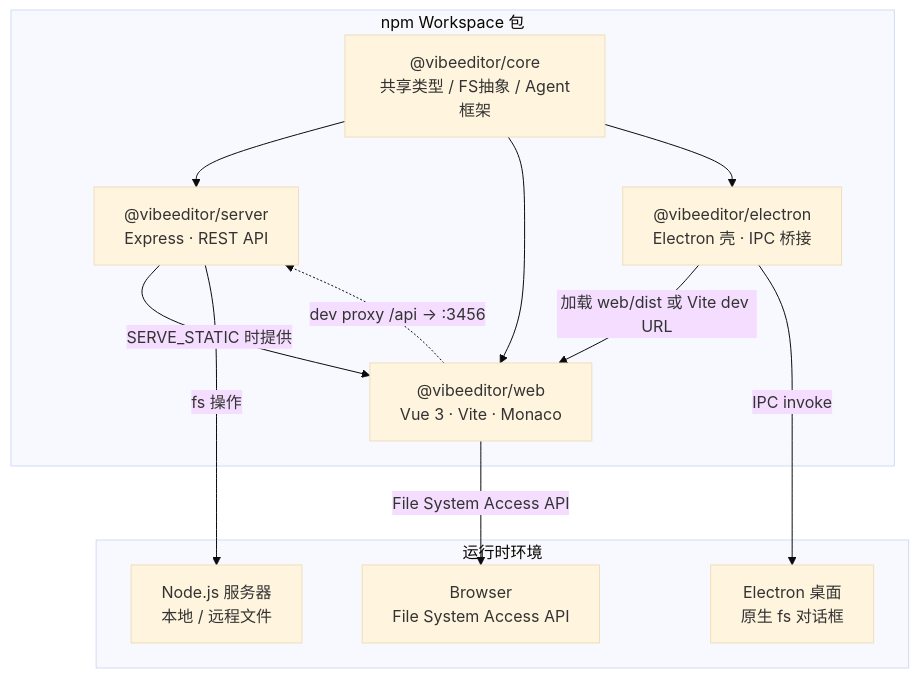
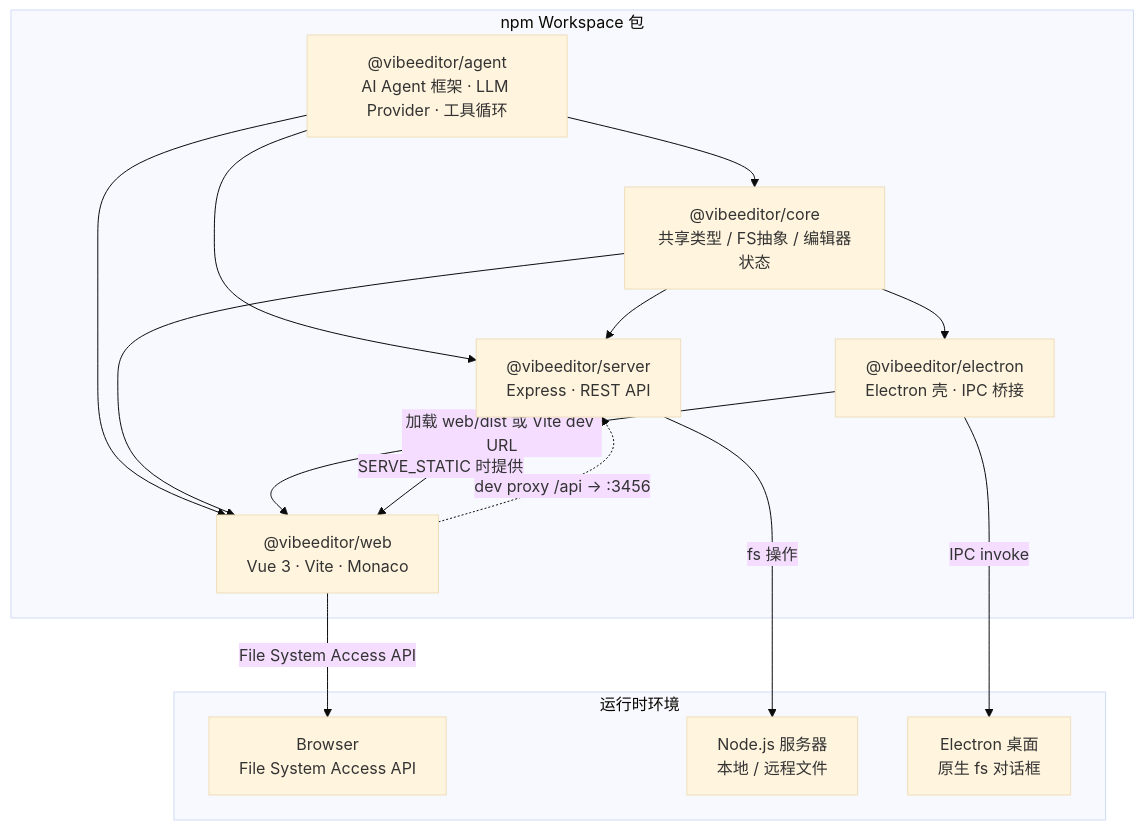
The second of 6 diagrams in README.md (yishuw/VibeEditor_wy), drawn with Mermaid (base theme) before and after one commit. The commit also changed other lines of this file and 7 other files, not shown here.

````diff
--- a/README.md
+++ b/README.md
@@ -104,25 +130,29 @@
 ```mermaid
 graph TB
     subgraph Packages["npm Workspace 包"]
-        core["@vibeeditor/core<br/>共享类型 / FS抽象 / Agent框架"]
+        agent["@vibeeditor/agent<br/>AI Agent 框架 · LLM Provider · 工具循环"]
+        core["@vibeeditor/core<br/>共享类型 / FS抽象 / 编辑器状态"]
         server["@vibeeditor/server<br/>Express · REST API"]
         web["@vibeeditor/web<br/>Vue 3 · Vite · Monaco"]
         electron["@vibeeditor/electron<br/>Electron 壳 · IPC 桥接"]
     end
 
     subgraph Runtime["运行时环境"]
         browser["Browser<br/>File System Access API"]
         node_srv["Node.js 服务器<br/>本地 / 远程文件"]
         desktop["Electron 桌面<br/>原生 fs 对话框"]
     end
 
+    agent --> core
+    agent --> server
+    agent --> web
     core --> server
     core --> web
     core --> electron
     web -.->|dev proxy /api → :3456| server
     electron -->|加载 web/dist 或 Vite dev URL| web
     server -->|SERVE_STATIC 时提供| web
     electron -->|IPC invoke| desktop
     server -->|fs 操作| node_srv
     web -->|File System Access API| browser
 ```
````
